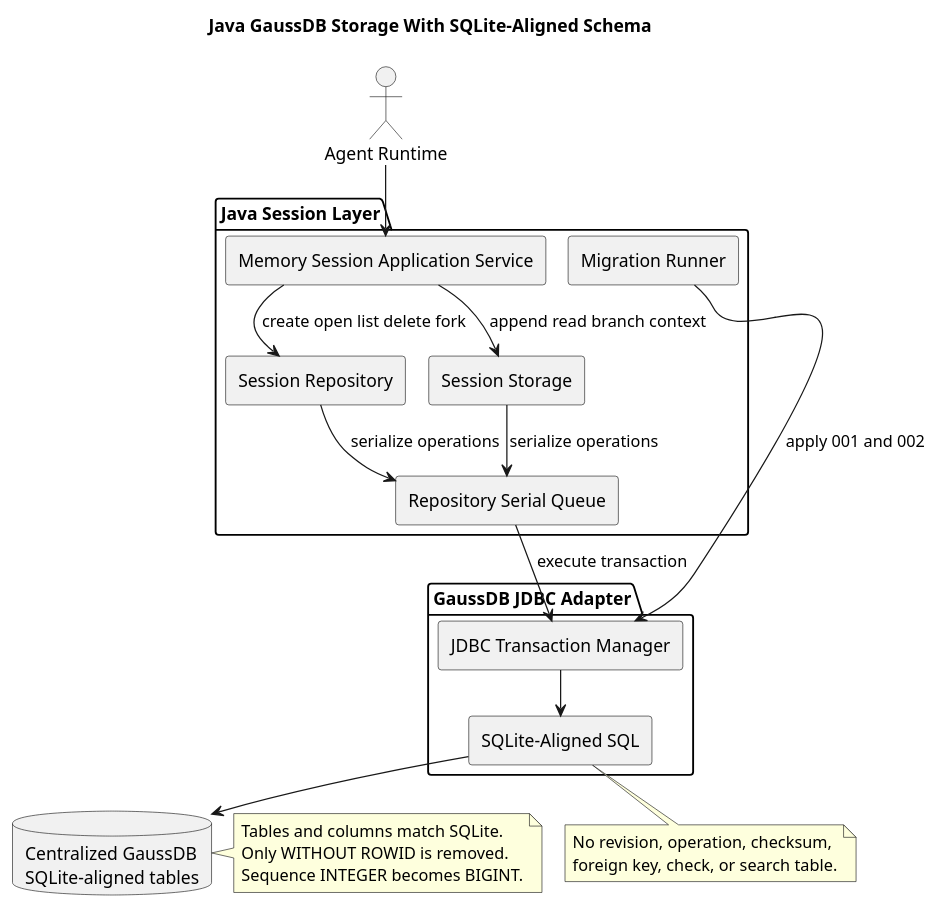
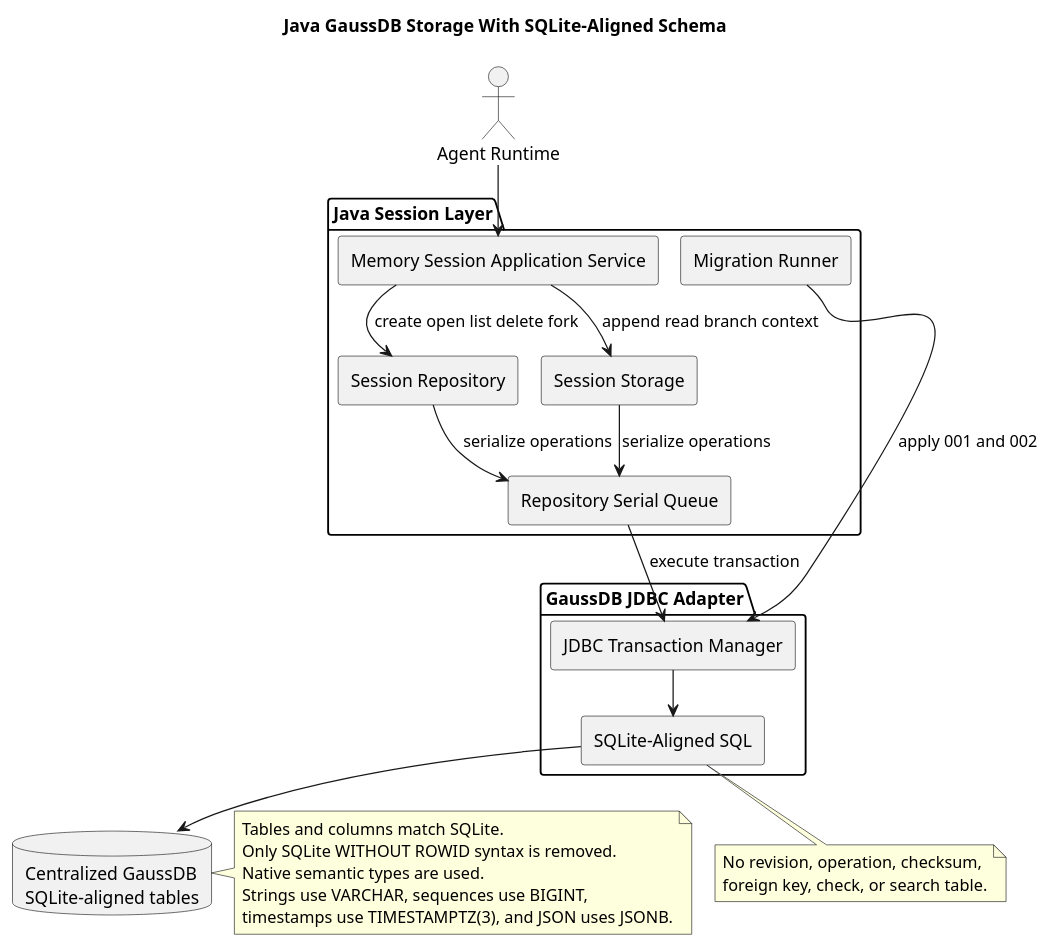
Before and after one commit to superheromeZzh/pi-mono-java-design: the first of 4 diagrams in diagrams/memory/diagram.puml, drawn with PlantUML. The commit also changed other lines of this file and 5 other files, not shown here.

Commit message:
docs(memory): use native GaussDB column types

```diff
--- a/diagrams/memory/diagram.puml
+++ b/diagrams/memory/diagram.puml
@@ -1,55 +1,57 @@
 @startuml memory-architecture
 !pragma layout smetana
 title Java GaussDB Storage With SQLite-Aligned Schema
 skinparam backgroundColor #FFFFFF
 skinparam componentStyle rectangle
 
 ' Source evidence:
 ' - badlogic/pi-mono@f0deb8dd8e9611e89b5bc4145ca92c03ae6ed4ee
 ' - packages/agent/src/harness/types.ts: SessionStorage
 ' - packages/agent/src/harness/session/repository.ts: SessionRepository
 ' - packages/storage/sqlite-node/src/sqlite/repo.ts: SqliteSessionBackend
 ' - packages/storage/sqlite-node/src/sqlite/migrations.ts: applyMigrations
 ' Observed behavior: one serialized repository owns SQLite session operations.
 ' Target adaptation: replace the driver and SQL dialect without changing table or column names.
 ' Design reason: the user requires physical SQLite schema alignment and no database extensions.
 
 actor "Agent Runtime" as runtime
 
 package "Java Session Layer" {
   [Memory Session Application Service] as app
   [Session Repository] as repository
   [Session Storage] as storage
   [Migration Runner] as migration
   [Repository Serial Queue] as queue
 }
 
 package "GaussDB JDBC Adapter" {
   [JDBC Transaction Manager] as tx
   [SQLite-Aligned SQL] as sql
 }
 
 database "Centralized GaussDB\nSQLite-aligned tables" as db
 
 runtime --> app
 app --> repository : create open list delete fork
 app --> storage : append read branch context
 repository --> queue : serialize operations
 storage --> queue : serialize operations
 queue --> tx : execute transaction
 migration --> tx : apply 001 and 002
 tx --> sql
 sql --> db
 
 note right of db
 Tables and columns match SQLite.
-Only WITHOUT ROWID is removed.
-Sequence INTEGER becomes BIGINT.
+Only SQLite WITHOUT ROWID syntax is removed.
+Native semantic types are used.
+Strings use VARCHAR, sequences use BIGINT,
+timestamps use TIMESTAMPTZ(3), and JSON uses JSONB.
 end note
 
 note bottom of sql
 No revision, operation, checksum,
 foreign key, check, or search table.
 end note
 
 @enduml
```
